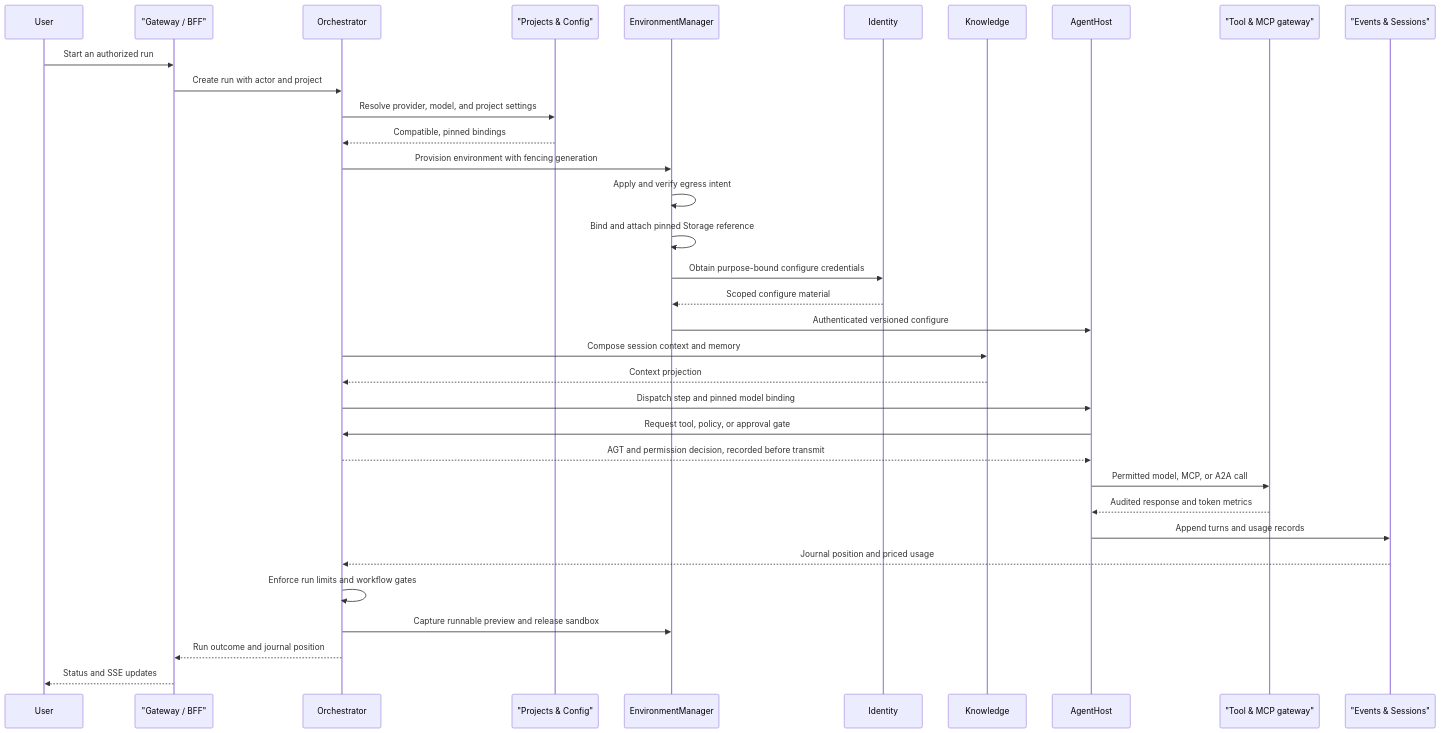
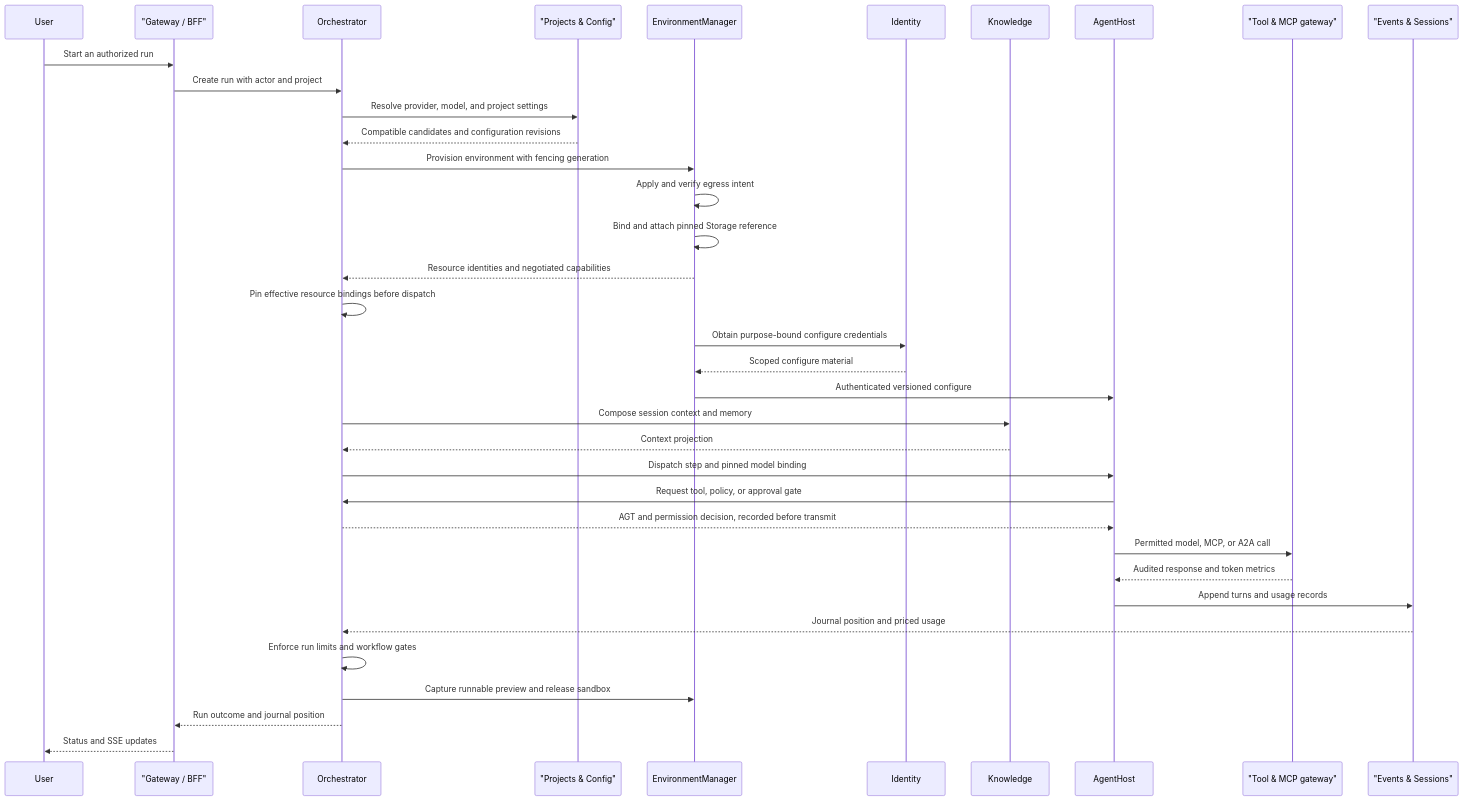
Before and after one commit to sabbour/agentweaver: the second of 2 diagrams in docs/architecture/design/services-and-release.md, drawn with Mermaid. The commit also changed other lines of this file and 10 other files, not shown here.

First line of the commit message:
docs(v1): clarify provider roadmap and session material ownership

````diff
--- a/docs/architecture/design/services-and-release.md
+++ b/docs/architecture/design/services-and-release.md
@@ -253,36 +261,38 @@
 ```mermaid
 sequenceDiagram
     participant User as User
     participant Bff as "Gateway / BFF"
     participant Orch as Orchestrator
     participant Config as "Projects & Config"
     participant Env as EnvironmentManager
     participant Id as Identity
     participant Know as Knowledge
     participant Host as AgentHost
     participant L7 as "Tool & MCP gateway"
     participant Ev as "Events & Sessions"
     User->>Bff: Start an authorized run
     Bff->>Orch: Create run with actor and project
     Orch->>Config: Resolve provider, model, and project settings
-    Config-->>Orch: Compatible, pinned bindings
+    Config-->>Orch: Compatible candidates and configuration revisions
     Orch->>Env: Provision environment with fencing generation
     Env->>Env: Apply and verify egress intent
     Env->>Env: Bind and attach pinned Storage reference
+    Env-->>Orch: Resource identities and negotiated capabilities
+    Orch->>Orch: Pin effective resource bindings before dispatch
     Env->>Id: Obtain purpose-bound configure credentials
     Id-->>Env: Scoped configure material
     Env->>Host: Authenticated versioned configure
     Orch->>Know: Compose session context and memory
     Know-->>Orch: Context projection
     Orch->>Host: Dispatch step and pinned model binding
     Host->>Orch: Request tool, policy, or approval gate
     Orch-->>Host: AGT and permission decision, recorded before transmit
     Host->>L7: Permitted model, MCP, or A2A call
     L7-->>Host: Audited response and token metrics
     Host->>Ev: Append turns and usage records
     Ev-->>Orch: Journal position and priced usage
     Orch->>Orch: Enforce run limits and workflow gates
     Orch->>Env: Capture runnable preview and release sandbox
     Orch-->>Bff: Run outcome and journal position
     Bff-->>User: Status and SSE updates
 ```
````
